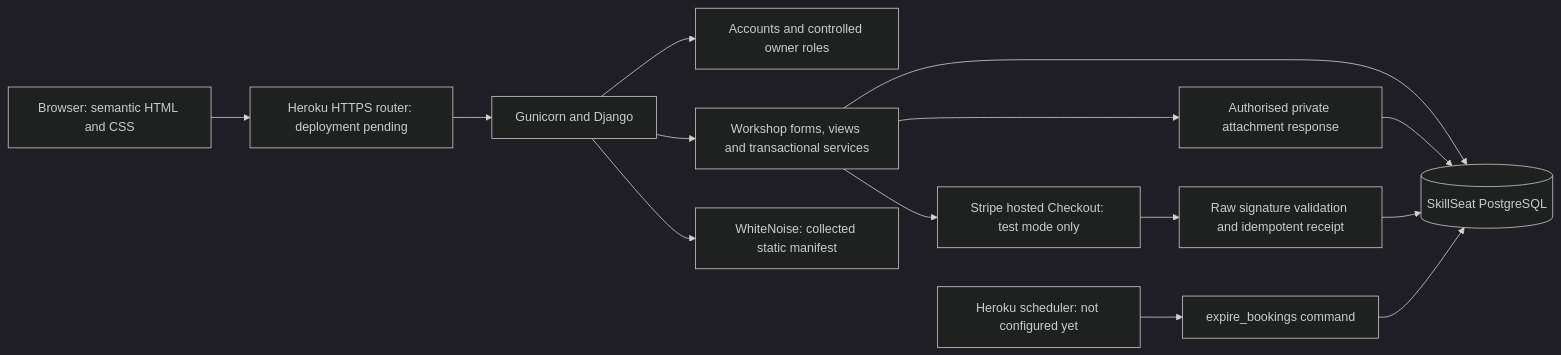
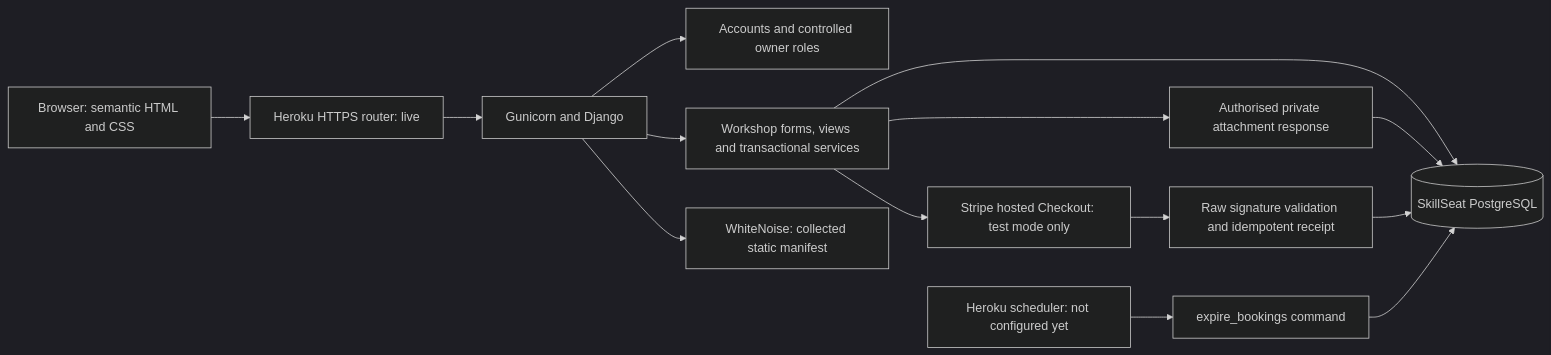
The second of 3 diagrams in README.md (AbdulkadirKhoujja/codeinstitute-milestone-4-project), drawn with Mermaid (dark theme) before and after one commit. The commit also changed other lines of this file and 41 other files, not shown here.

````diff
--- a/README.md
+++ b/README.md
@@ -350,16 +388,16 @@
 ```mermaid
 flowchart LR
-    Browser[Browser: semantic HTML and CSS] --> Router[Heroku HTTPS router: deployment pending]
+    Browser[Browser: semantic HTML and CSS] --> Router[Heroku HTTPS router: live]
     Router --> WSGI[Gunicorn and Django]
     WSGI --> Accounts[Accounts and controlled owner roles]
     WSGI --> Domain[Workshop forms, views and transactional services]
     WSGI --> Static[WhiteNoise: collected static manifest]
     Domain --> PG[(SkillSeat PostgreSQL)]
     Domain --> Private[Authorised private attachment response]
     Private --> PG
     Domain --> Stripe[Stripe hosted Checkout: test mode only]
     Stripe --> Webhook[Raw signature validation and idempotent receipt]
     Webhook --> PG
     Scheduler[Heroku scheduler: not configured yet] --> Expire[expire_bookings command]
     Expire --> PG
 ```
````
